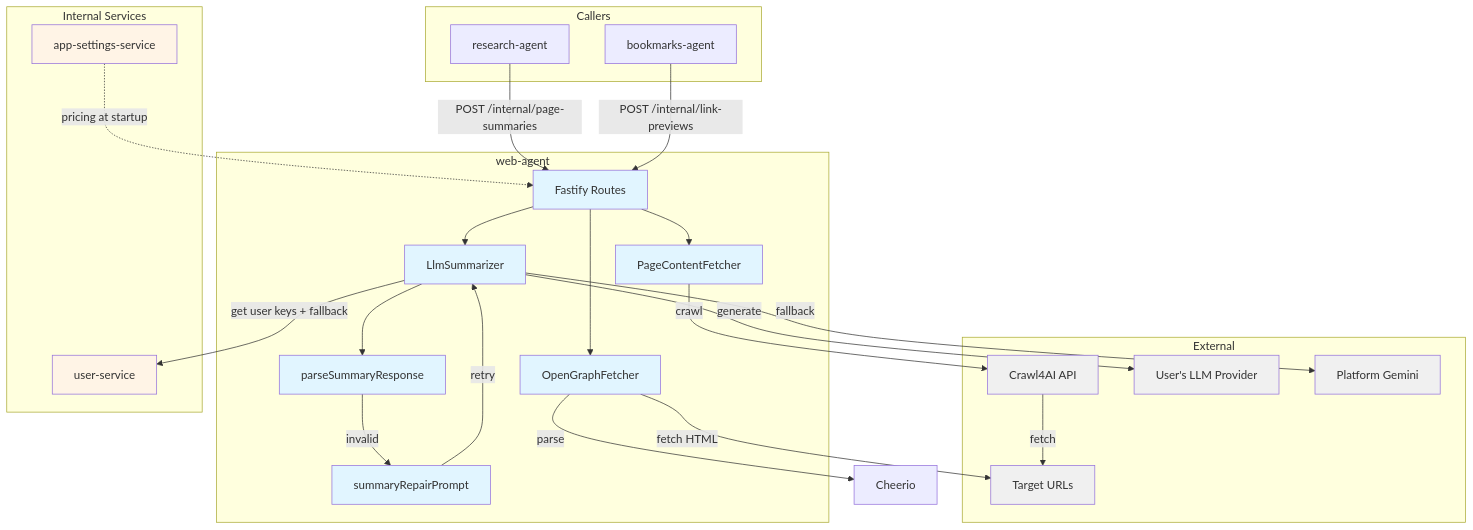
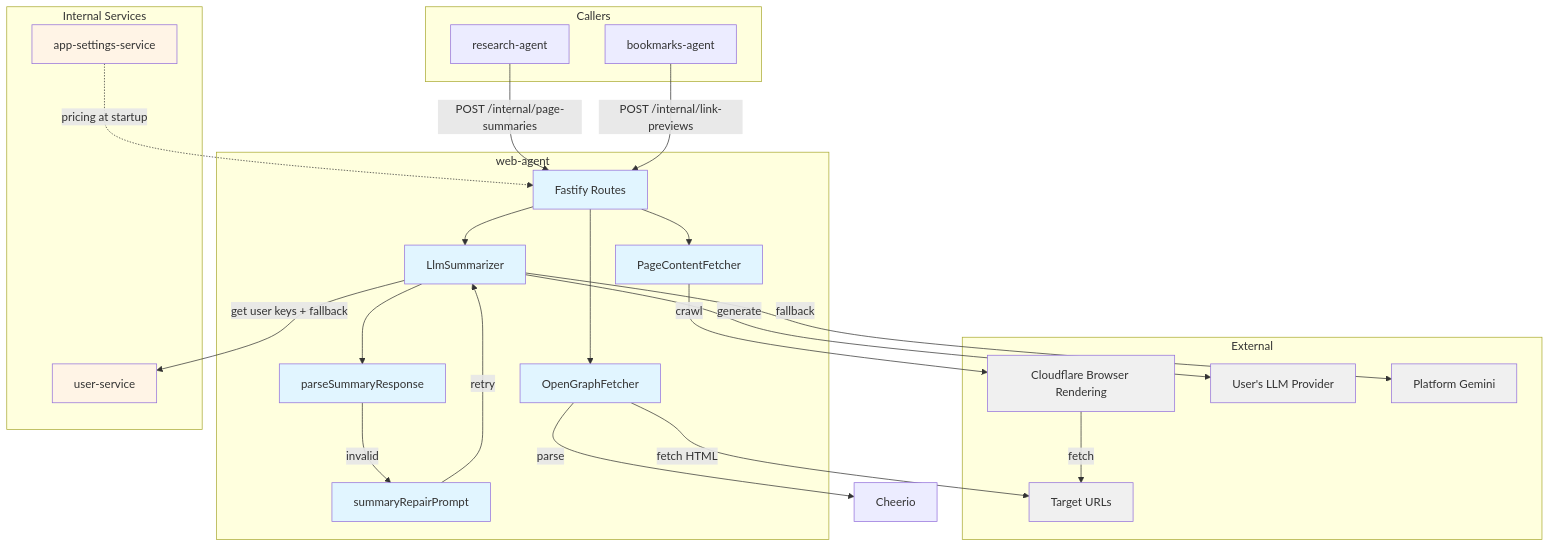
The first of 2 diagrams in docs/services/web-agent/technical.md (pbuchman/intexuraos), drawn with Mermaid before and after one commit. The commit also changed other lines of this file and 3 other files, not shown here.

First line of the commit message:
infra+docs: replace Crawl4AI with Cloudflare Browser Rendering (INT-1154)

````diff
--- a/docs/services/web-agent/technical.md
+++ b/docs/services/web-agent/technical.md
@@ -11,58 +11,58 @@
 ```mermaid
 graph TB
     subgraph "Callers"
         RA[research-agent]
         BA[bookmarks-agent]
     end
 
     subgraph "web-agent"
         Routes[Fastify Routes]
         PCF[PageContentFetcher]
         LLM[LlmSummarizer]
         OGF[OpenGraphFetcher]
         Parser[parseSummaryResponse]
         Repair[summaryRepairPrompt]
     end
 
     subgraph "External"
-        C4AI[Crawl4AI API]
+        CF[Cloudflare Browser Rendering]
         UserLLM[User's LLM Provider]
         PlatformLLM[Platform Gemini]
         Target[Target URLs]
     end
 
     subgraph "Internal Services"
         US[user-service]
         AS[app-settings-service]
     end
 
     RA -->|POST /internal/page-summaries| Routes
     BA -->|POST /internal/link-previews| Routes
 
     Routes --> PCF
     Routes --> OGF
 
-    PCF -->|crawl| C4AI
-    C4AI -->|fetch| Target
+    PCF -->|crawl| CF
+    CF -->|fetch| Target
 
     Routes --> LLM
     LLM -->|get user keys + fallback| US
     LLM -->|generate| UserLLM
     LLM -->|fallback| PlatformLLM
     LLM --> Parser
     Parser -->|invalid| Repair
     Repair -->|retry| LLM
 
     OGF -->|fetch HTML| Target
     OGF -->|parse| Cheerio[Cheerio]
 
     AS -.->|pricing at startup| Routes
 
     classDef service fill:#e1f5ff
     classDef external fill:#f0f0f0
     classDef internal fill:#fff4e6
 
     class Routes,PCF,LLM,OGF,Parser,Repair service
-    class C4AI,UserLLM,PlatformLLM,Target external
+    class CF,UserLLM,PlatformLLM,Target external
     class US,AS internal
 ```
````
